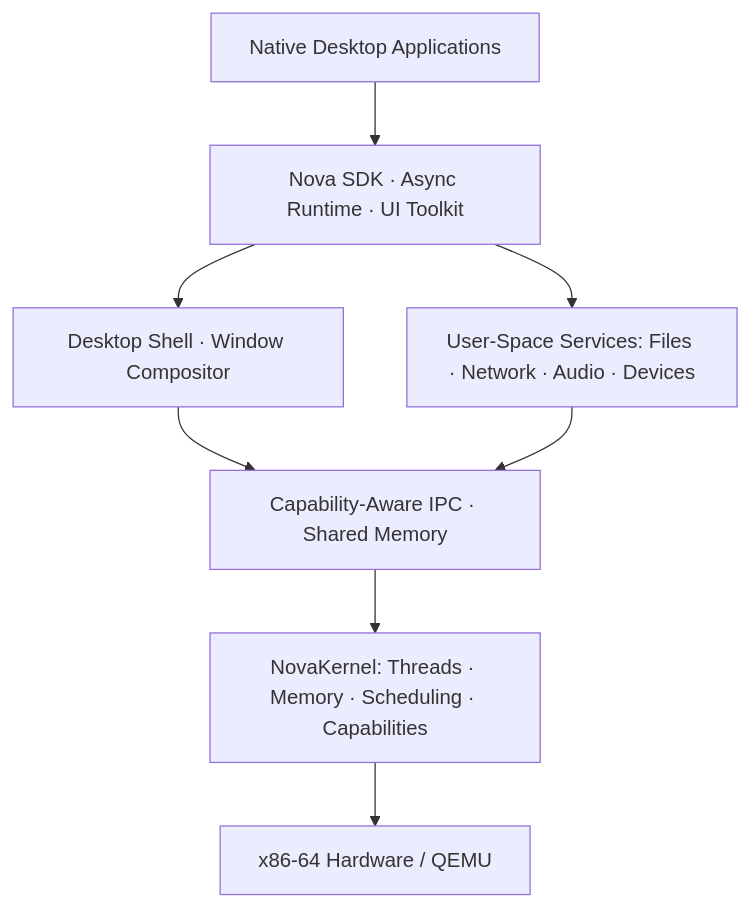
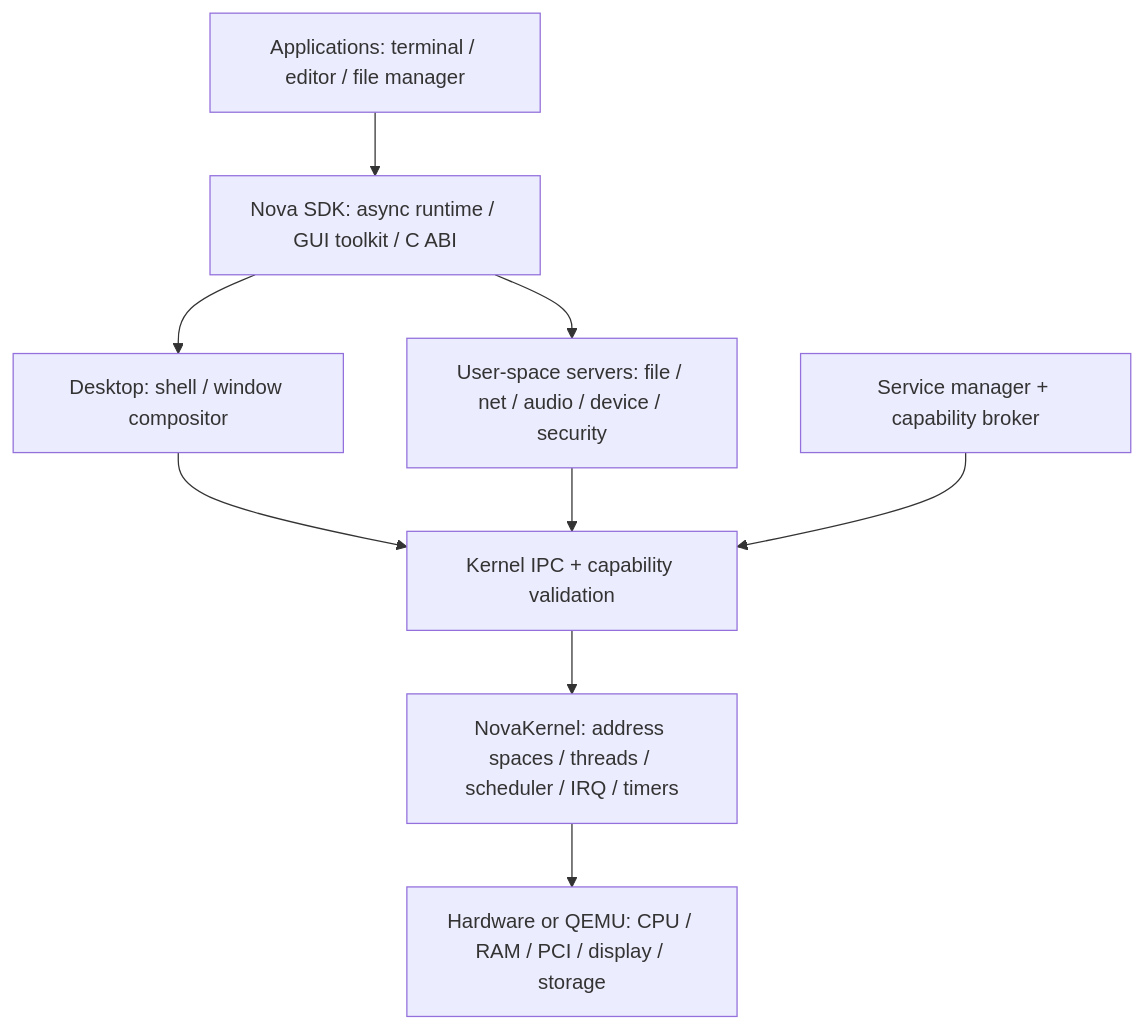
Before and after one commit to MobtgZhang/NovaOS: the first of 2 diagrams in README.md, drawn with Mermaid. The commit also changed other lines of this file, not shown here.

Commit message:
Revise architecture diagram and include boot workflow
Updated architecture diagram and added boot workflow chain.

````diff
--- a/README.md
+++ b/README.md
@@ -22,18 +22,20 @@
 ```mermaid
 flowchart TB
-    Apps["Native Desktop Applications"]
-    SDK["Nova SDK · Async Runtime · UI Toolkit"]
-    GUI["Desktop Shell · Window Compositor"]
-    Services["User-Space Services: Files · Network · Audio · Devices"]
-    IPC["Capability-Aware IPC · Shared Memory"]
-    Kernel["NovaKernel: Threads · Memory · Scheduling · Capabilities"]
-    HW["x86-64 Hardware / QEMU"]
+    APP["Applications: terminal / editor / file manager"]
+    SDK["Nova SDK: async runtime / GUI toolkit / C ABI"]
+    GUI["Desktop: shell / window compositor"]
+    SYS["User-space servers: file / net / audio / device / security"]
+    SUP["Service manager + capability broker"]
+    IPC["Kernel IPC + capability validation"]
+    K["NovaKernel: address spaces / threads / scheduler / IRQ / timers"]
+    HW["Hardware or QEMU: CPU / RAM / PCI / display / storage"]
 
-    Apps --> SDK
+    APP --> SDK
     SDK --> GUI
-    SDK --> Services
+    SDK --> SYS
     GUI --> IPC
-    Services --> IPC
-    IPC --> Kernel
-    Kernel --> HW
+    SYS --> IPC
+    SUP --> IPC
+    IPC --> K
+    K --> HW
 ```
````
